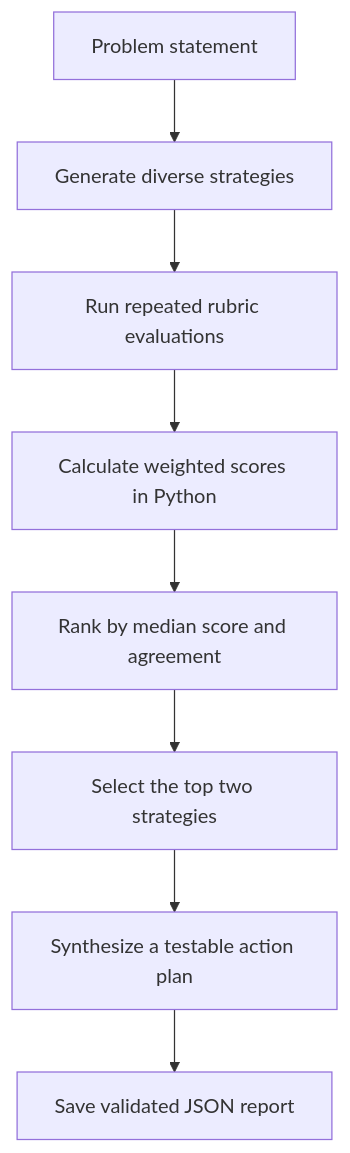
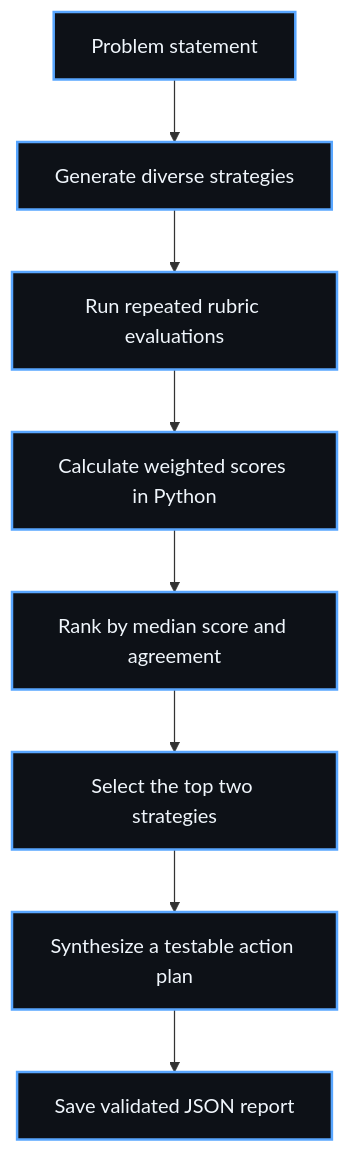
Before and after one commit to danial-soltani/multi-branch-ai-strategy-engine: the diagram in README.md, drawn with Mermaid. The commit also changed other lines of this file, not shown here.

Commit message:
Polish README links and diagram

````diff
--- a/README.md
+++ b/README.md
@@ -15,10 +15,11 @@
 ```mermaid
 flowchart TD
+    classDef default fill:#0D1117,stroke:#58A6FF,color:#F0F6FC,stroke-width:2px;
     A[Problem statement] --> B[Generate diverse strategies]
     B --> C[Run repeated rubric evaluations]
     C --> D[Calculate weighted scores in Python]
     D --> E[Rank by median score and agreement]
     E --> F[Select the top two strategies]
     F --> G[Synthesize a testable action plan]
     G --> H[Save validated JSON report]
 ```
````
